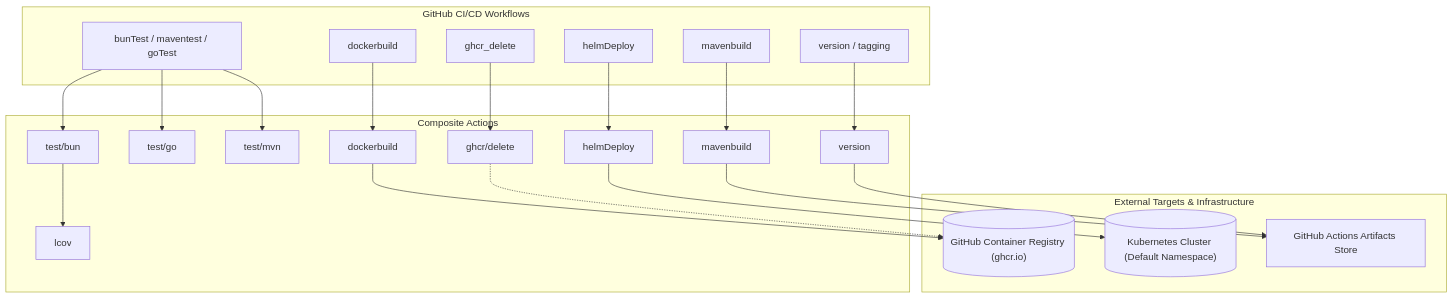
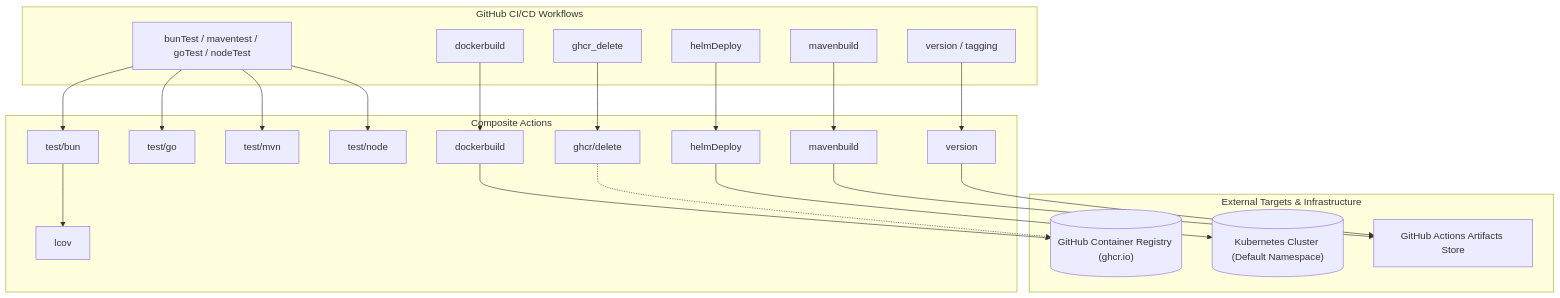
The diagram in .context/ARCHITECTURE.md (KAnggara/DevOps), drawn with Mermaid before and after one commit. The commit also changed 14 other files, not shown here.

First line of the commit message:
feat(test): implement Node.js Test composite action (#13, #10)

````diff
--- a/.context/ARCHITECTURE.md
+++ b/.context/ARCHITECTURE.md
@@ -10,39 +10,41 @@
 ```mermaid
 graph TD
     subgraph GitHub Workflows [GitHub CI/CD Workflows]
-        WF_Test[bunTest / maventest / goTest]
+        WF_Test[bunTest / maventest / goTest / nodeTest]
         WF_Build[mavenbuild]
         WF_Docker[dockerbuild]
         WF_Ver[version / tagging]
         WF_Deploy[helmDeploy]
         WF_Prune[ghcr_delete]
     end
 
     subgraph Actions [Composite Actions]
         Act_TestBun["test/bun"]
         Act_TestGo["test/go"]
         Act_TestMvn["test/mvn"]
+        Act_TestNode["test/node"]
         Act_Lcov["lcov"]
         Act_MvnBuild["mavenbuild"]
         Act_DockerBuild["dockerbuild"]
         Act_Version["version"]
         Act_Helm["helmDeploy"]
         Act_GHCR["ghcr/delete"]
     end
 
     subgraph RegistriesAndClusters [External Targets & Infrastructure]
         GHCR[("GitHub Container Registry (ghcr.io)")]
         K8S[("Kubernetes Cluster (Default Namespace)")]
         GH_Artifacts["GitHub Actions Artifacts Store"]
     end
 
     WF_Test --> Act_TestBun
     WF_Test --> Act_TestGo
     WF_Test --> Act_TestMvn
+    WF_Test --> Act_TestNode
     Act_TestBun --> Act_Lcov
     WF_Build --> Act_MvnBuild --> GH_Artifacts
     WF_Ver --> Act_Version --> GH_Artifacts
     WF_Docker --> Act_DockerBuild --> GHCR
     WF_Prune --> Act_GHCR -.-> GHCR
     WF_Deploy --> Act_Helm --> K8S
 ```
````
